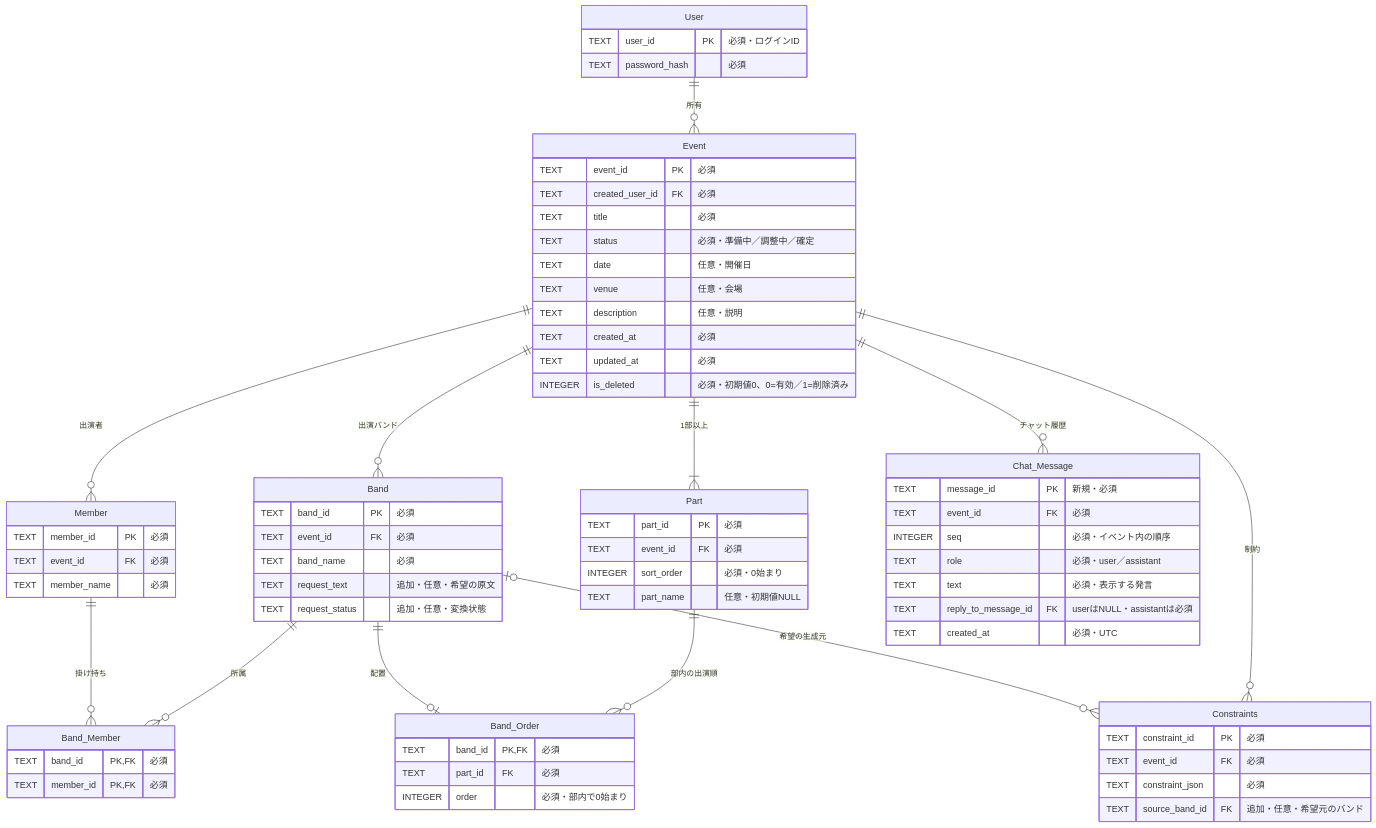
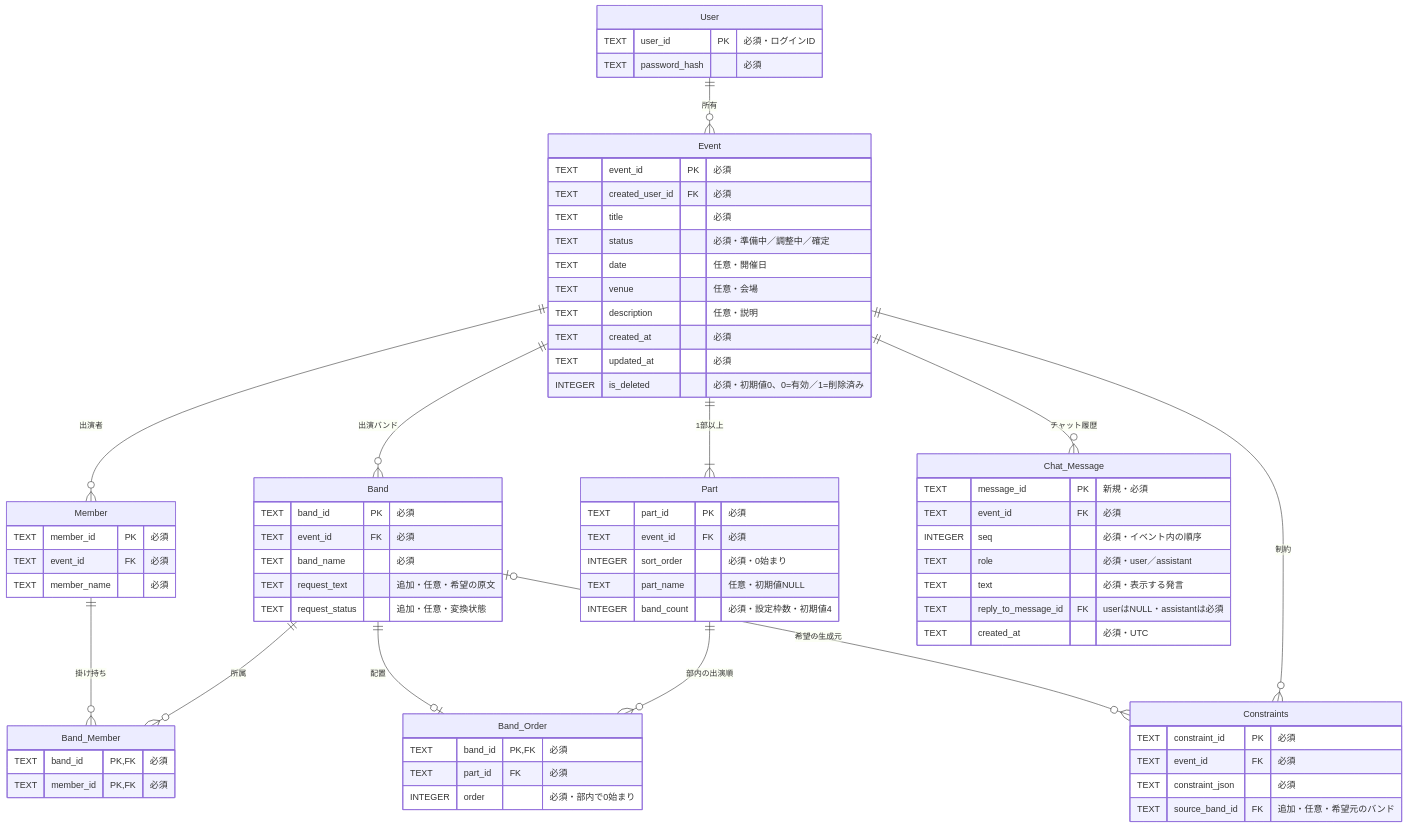
One commit to jphacks/tka_2604 changed the diagram in docs/database.md. Above: the diagram before and after it, drawn with Mermaid. The commit also changed other lines of this file and 58 other files, not shown here.

````diff
--- a/docs/database.md
+++ b/docs/database.md
@@ -24,73 +24,74 @@
 ```mermaid
 erDiagram
     User ||--o{ Event : "所有"
     Event ||--o{ Band : "出演バンド"
     Event ||--o{ Member : "出演者"
     Event ||--|{ Part : "1部以上"
     Event ||--o{ Constraints : "制約"
     Band ||--o{ Band_Member : "所属"
     Member ||--o{ Band_Member : "掛け持ち"
     Part ||--o{ Band_Order : "部内の出演順"
     Band ||--o| Band_Order : "配置"
     Band |o--o{ Constraints : "希望の生成元"
     Event ||--o{ Chat_Message : "チャット履歴"
 
     User {
         TEXT user_id PK "必須・ログインID"
         TEXT password_hash "必須"
     }
     Event {
         TEXT event_id PK "必須"
         TEXT created_user_id FK "必須"
         TEXT title "必須"
         TEXT status "必須・準備中／調整中／確定"
         TEXT date "任意・開催日"
         TEXT venue "任意・会場"
         TEXT description "任意・説明"
         TEXT created_at "必須"
         TEXT updated_at "必須"
         INTEGER is_deleted "必須・初期値0、0=有効／1=削除済み"
     }
     Band {
         TEXT band_id PK "必須"
         TEXT event_id FK "必須"
         TEXT band_name "必須"
         TEXT request_text "追加・任意・希望の原文"
         TEXT request_status "追加・任意・変換状態"
     }
     Member {
         TEXT member_id PK "必須"
         TEXT event_id FK "必須"
         TEXT member_name "必須"
     }
     Band_Member {
         TEXT band_id PK, FK "必須"
         TEXT member_id PK, FK "必須"
     }
     Part {
         TEXT part_id PK "必須"
         TEXT event_id FK "必須"
         INTEGER sort_order "必須・0始まり"
         TEXT part_name "任意・初期値NULL"
+        INTEGER band_count "必須・設定枠数・初期値4"
     }
     Band_Order {
         TEXT band_id PK, FK "必須"
         TEXT part_id FK "必須"
         INTEGER order "必須・部内で0始まり"
     }
     Constraints {
         TEXT constraint_id PK "必須"
         TEXT event_id FK "必須"
         TEXT constraint_json "必須"
         TEXT source_band_id FK "追加・任意・希望元のバンド"
     }
     Chat_Message {
         TEXT message_id PK "新規・必須"
         TEXT event_id FK "必須"
         INTEGER seq "必須・イベント内の順序"
         TEXT role "必須・user／assistant"
         TEXT text "必須・表示する発言"
         TEXT reply_to_message_id FK "userはNULL・assistantは必須"
         TEXT created_at "必須・UTC"
     }
 ```
````
